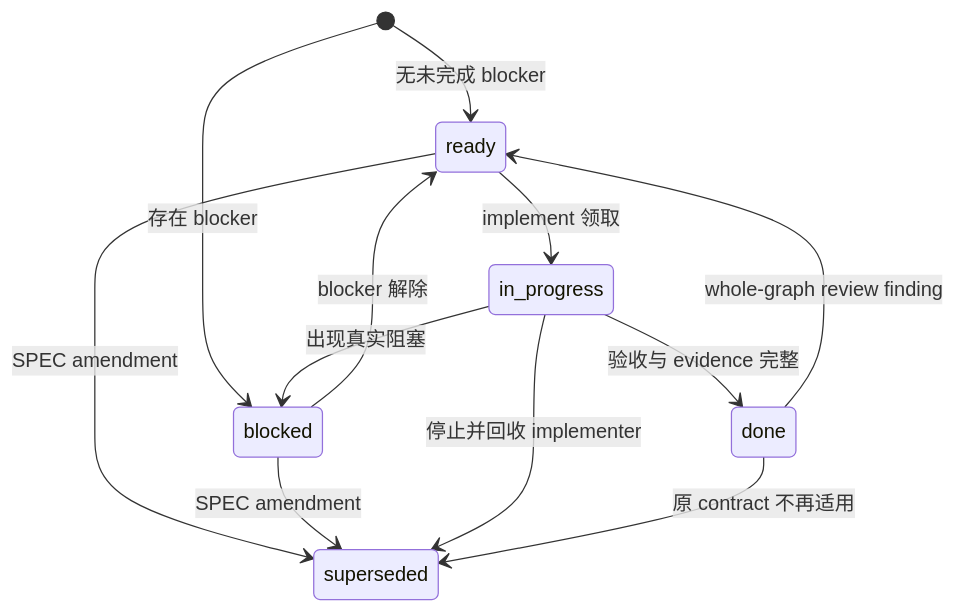
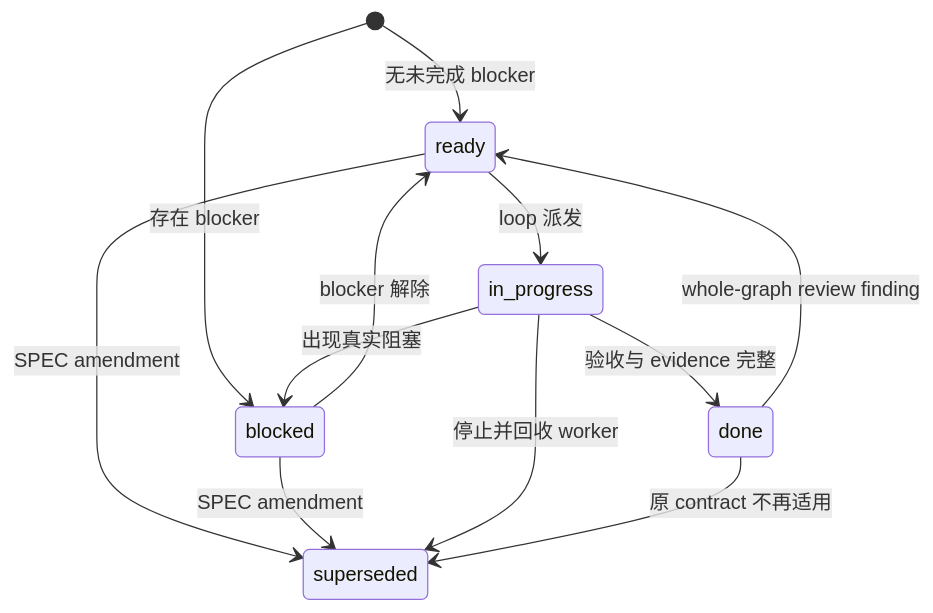
One commit to calvingit/skills changed the second of 2 diagrams in README.md. Above: the diagram before and after it, drawn with Mermaid. The commit also changed other lines of this file and 18 other files, not shown here.

````diff
--- a/README.md
+++ b/README.md
@@ -186,14 +186,14 @@
 ```mermaid
 stateDiagram-v2
     [*] --> ready: 无未完成 blocker
     [*] --> blocked: 存在 blocker
     blocked --> ready: blocker 解除
-    ready --> in_progress: implement 领取
+    ready --> in_progress: loop 派发
     in_progress --> done: 验收与 evidence 完整
     in_progress --> blocked: 出现真实阻塞
     done --> ready: whole-graph review finding
     ready --> superseded: SPEC amendment
     blocked --> superseded: SPEC amendment
-    in_progress --> superseded: 停止并回收 implementer
+    in_progress --> superseded: 停止并回收 worker
     done --> superseded: 原 contract 不再适用
 ```
````
